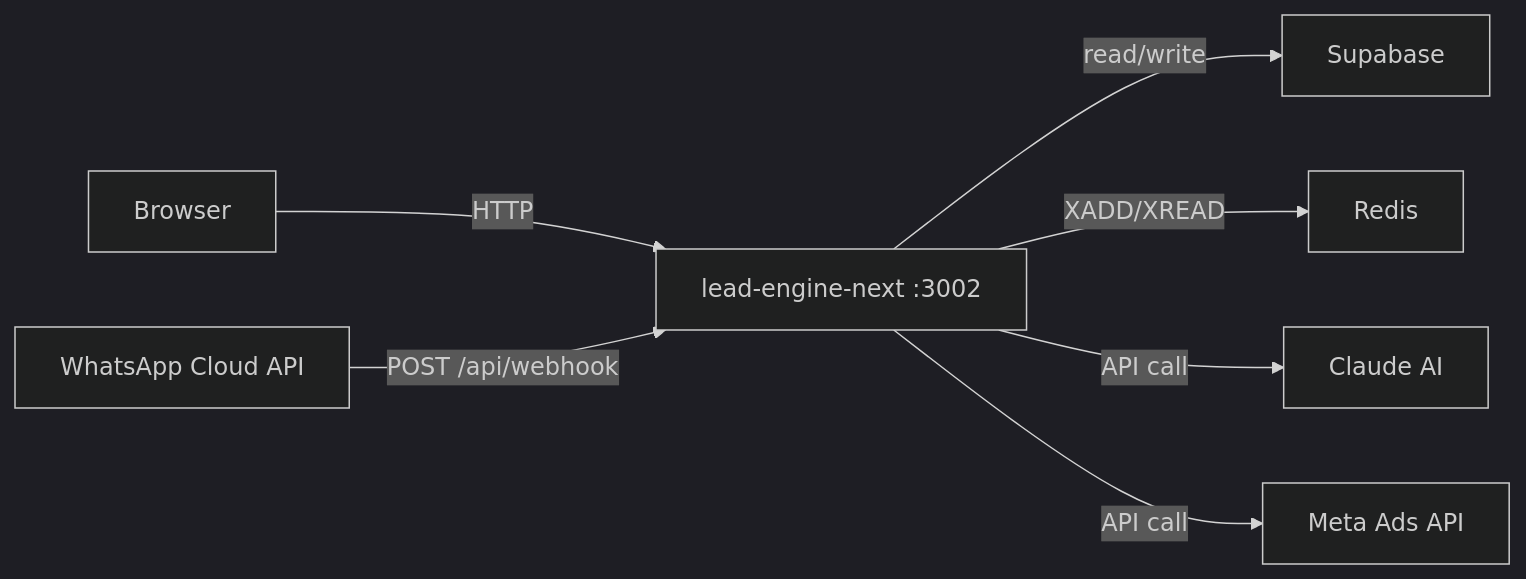
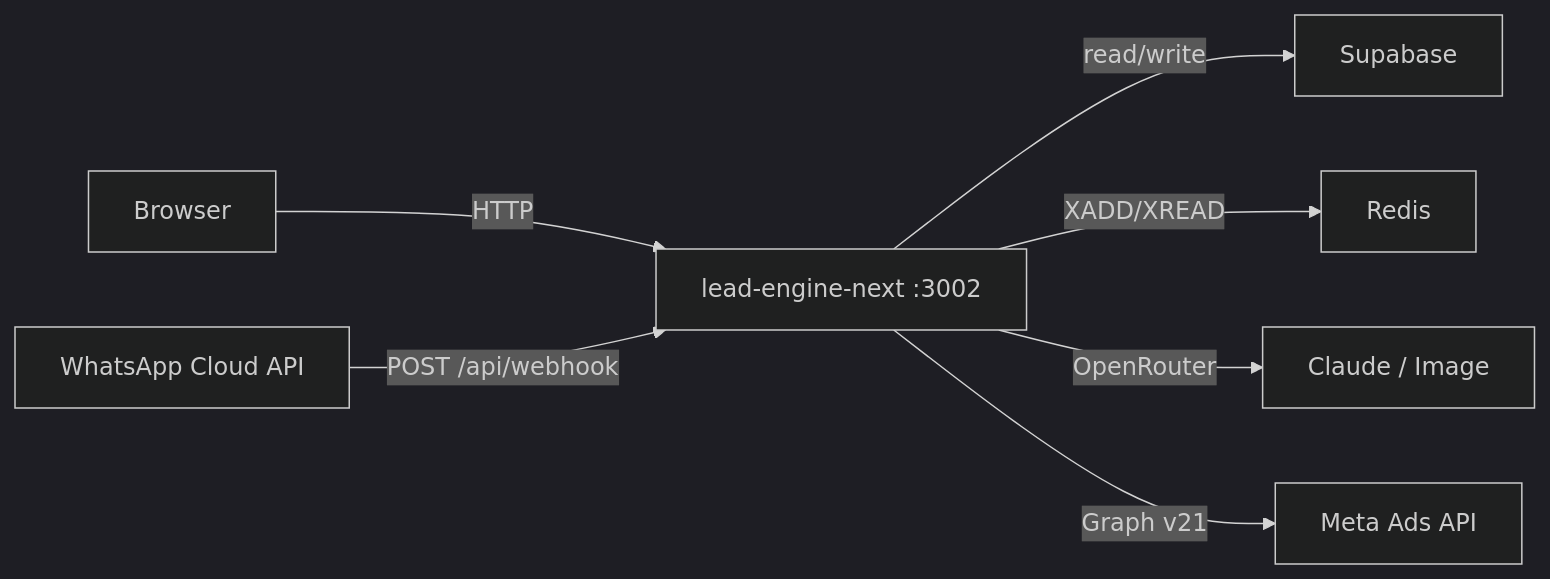
Before and after one commit to Sciiaok/xuqiu-bot: the eighth of 12 diagrams in README.md, drawn with Mermaid (dark theme). The commit also changed other lines of this file and 172 other files, not shown here.

````diff
--- a/README.md
+++ b/README.md
@@ -534,9 +568,9 @@
 ```mermaid
 graph LR
     Browser["Browser"] -->|HTTP| Next["lead-engine-next :3002"]
     WA["WhatsApp Cloud API"] -->|POST /api/webhook| Next
     Next -->|read/write| DB["Supabase"]
     Next -->|XADD/XREAD| Redis["Redis"]
-    Next -->|API call| Claude["Claude AI"]
-    Next -->|API call| Meta["Meta Ads API"]
+    Next -->|OpenRouter| Claude["Claude / Image"]
+    Next -->|Graph v21| Meta["Meta Ads API"]
 ```
````
